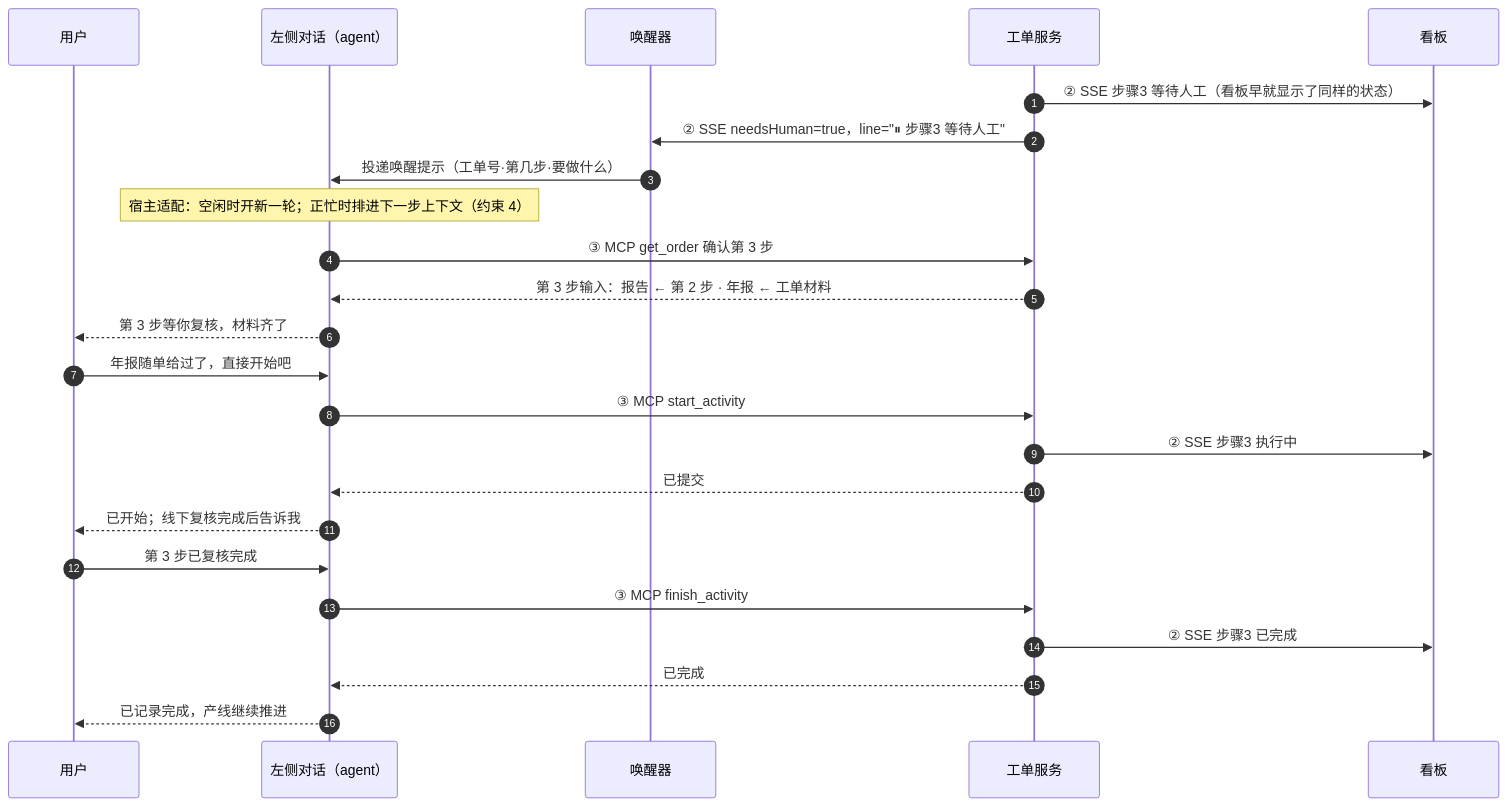
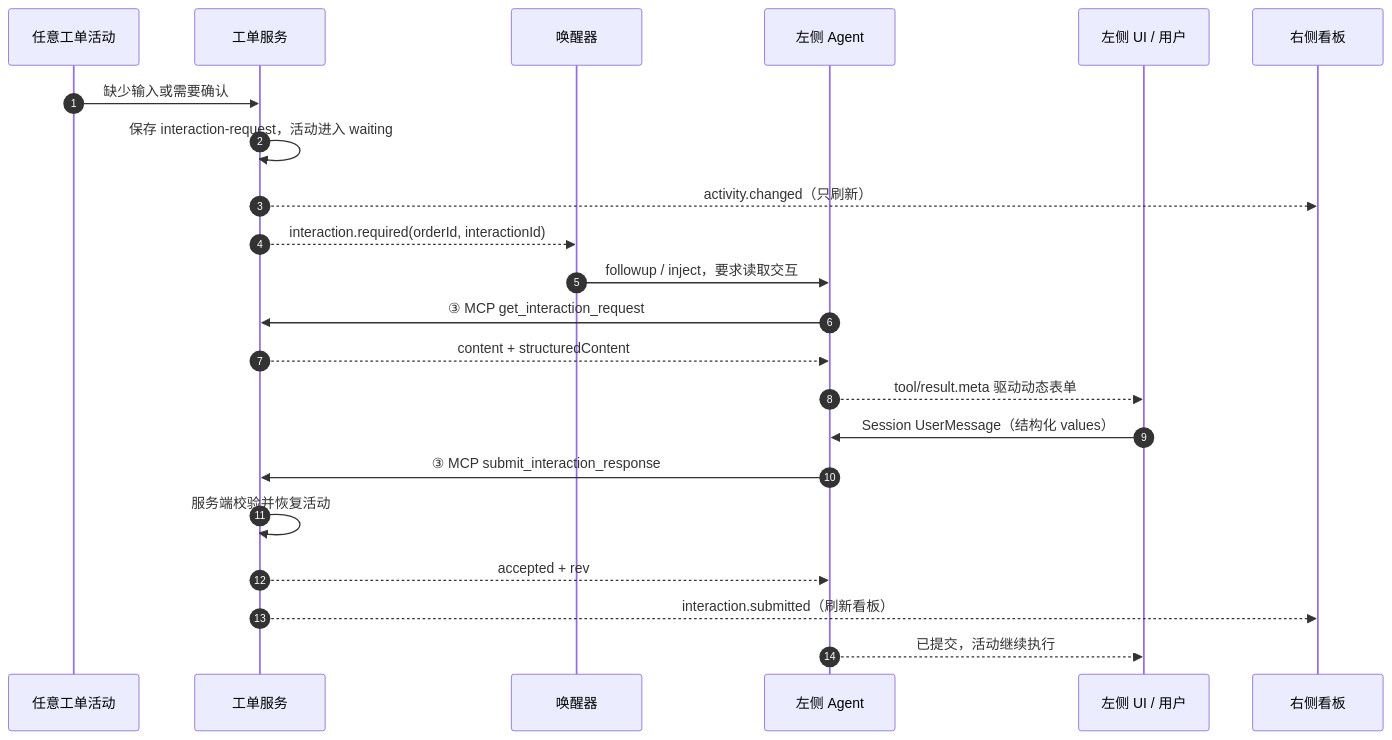
The second of 3 diagrams in business-agent/DESIGN.md (30-5-2023/DSH-Demo), drawn with Mermaid before and after one commit. The commit also changed other lines of this file and 48 other files, not shown here.

Commit message:
feat(business-agent): add dynamic work-order forms

````diff
--- a/business-agent/DESIGN.md
+++ b/business-agent/DESIGN.md
@@ -206,27 +210,25 @@
 ```mermaid
 sequenceDiagram
     autonumber
-    participant U as 用户
-    participant A as 左侧对话（agent）
+    participant O as 任意工单活动
+    participant S as 工单服务
     participant W as 唤醒器
-    participant S as 工单服务
-    participant P as 看板
+    participant A as 左侧 Agent
+    participant U as 左侧 UI / 用户
+    participant P as 右侧看板
 
-    S->>P: ② SSE 步骤3 等待人工（看板早就显示了同样的状态）
-    S->>W: ② SSE needsHuman=true，line="⏸ 步骤3 等待人工"
-    W->>A: 投递唤醒提示（工单号·第几步·要做什么）
-    Note over A: 宿主适配：空闲时开新一轮；正忙时排进下一步上下文（约束 4）
-    A->>S: ③ MCP get_order 确认第 3 步
-    S-->>A: 第 3 步输入：报告 ← 第 2 步 · 年报 ← 工单材料
-    A-->>U: 第 3 步等你复核，材料齐了
-    U->>A: 年报随单给过了，直接开始吧
-    A->>S: ③ MCP start_activity
-    S->>P: ② SSE 步骤3 执行中
-    S-->>A: 已提交
-    A-->>U: 已开始；线下复核完成后告诉我
-    U->>A: 第 3 步已复核完成
-    A->>S: ③ MCP finish_activity
-    S->>P: ② SSE 步骤3 已完成
-    S-->>A: 已完成
-    A-->>U: 已记录完成，产线继续推进
+    O->>S: 缺少输入或需要确认
+    S->>S: 保存 interaction-request，活动进入 waiting
+    S-->>P: activity.changed（只刷新）
+    S-->>W: interaction.required(orderId, interactionId)
+    W->>A: followup / inject，要求读取交互
+    A->>S: ③ MCP get_interaction_request
+    S-->>A: content + structuredContent
+    A-->>U: tool/result.meta 驱动动态表单
+    U->>A: Session UserMessage（结构化 values）
+    A->>S: ③ MCP submit_interaction_response
+    S->>S: 服务端校验并恢复活动
+    S-->>A: accepted + rev
+    S-->>P: interaction.submitted（刷新看板）
+    A-->>U: 已提交，活动继续执行
 ```
````
